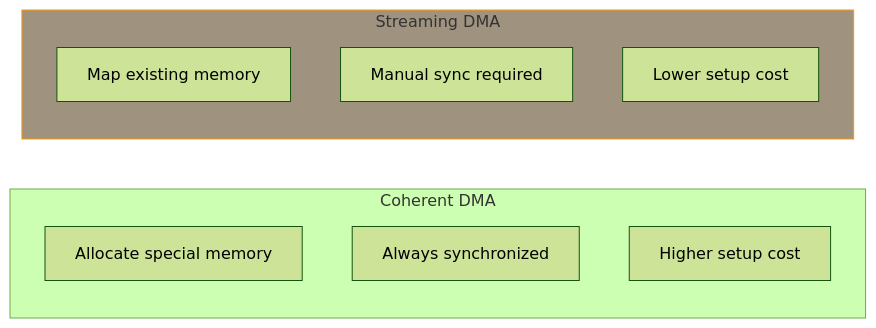
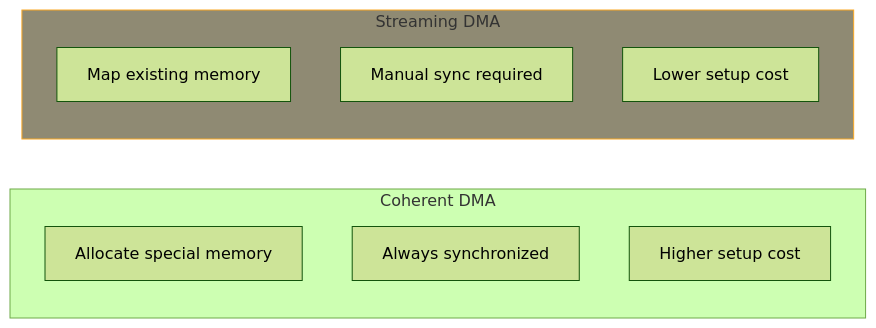
Before and after one commit to MichaelTien8901/linux-driver-guide-tutorial: the diagram in part5/06-dma-streaming.md, drawn with Mermaid (forest theme). The commit also changed 36 other files, not shown here.

Commit message:
Fix mermaid diagram colors to use consistent paper-like theme

````diff
--- a/part5/06-dma-streaming.md
+++ b/part5/06-dma-streaming.md
@@ -14,16 +14,16 @@
 ```mermaid
 flowchart LR
     subgraph Coherent["Coherent DMA"]
         C1["Allocate special memory"]
         C2["Always synchronized"]
         C3["Higher setup cost"]
     end
 
     subgraph Streaming["Streaming DMA"]
         S1["Map existing memory"]
         S2["Manual sync required"]
         S3["Lower setup cost"]
     end
 
-    style Streaming fill:#9f9380,stroke:#ff9800
+    style Streaming fill:#8f8a73,stroke:#f9a825
 ```
````
